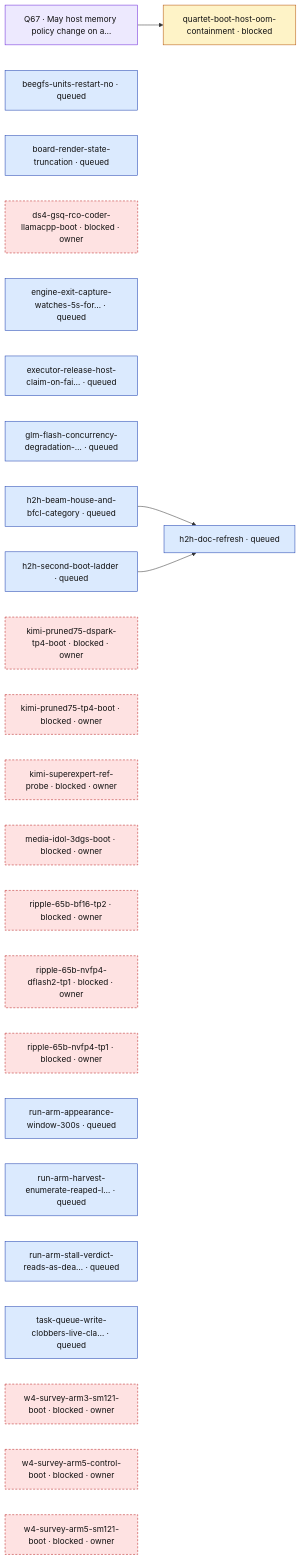
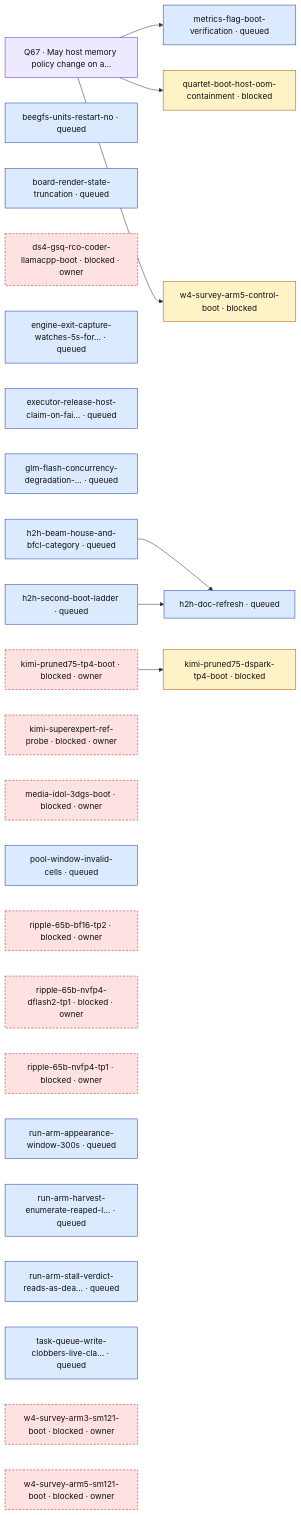
One commit to littlecedar/sparkrun-recipe-registry changed the diagram in mad-science/STATUS.md. Above: the diagram before and after it, drawn with Mermaid. The commit also changed other lines of this file, not shown here.

````diff
--- a/mad-science/STATUS.md
+++ b/mad-science/STATUS.md
@@ -13,38 +14,43 @@
 ```mermaid
 flowchart LR
-  %% 12 blocked, 2 edges, 11 prose-gated, 1 question-gated, 1 question
+  %% 12 blocked, 3 edges, 9 prose-gated, 2 question-gated, 1 question
   q67["Q67 · May host memory policy change on a…"]:::question
   t1["beegfs-units-restart-no · queued"]:::queued
   t2["board-render-state-truncation · queued"]:::queued
   t3["ds4-gsq-rco-coder-llamacpp-boot · blocked · owner"]:::no-recorded-edge
   t4["engine-exit-capture-watches-5s-for… · queued"]:::queued
   t5["executor-release-host-claim-on-fai… · queued"]:::queued
   t6["glm-flash-concurrency-degradation-… · queued"]:::queued
   t7["h2h-beam-house-and-bfcl-category · queued"]:::queued
   t8["h2h-doc-refresh · queued"]:::queued
   t9["h2h-second-boot-ladder · queued"]:::queued
-  t10["kimi-pruned75-dspark-tp4-boot · blocked · owner"]:::no-recorded-edge
+  t10["kimi-pruned75-dspark-tp4-boot · blocked"]:::blocked
   t11["kimi-pruned75-tp4-boot · blocked · owner"]:::no-recorded-edge
   t12["kimi-superexpert-ref-probe · blocked · owner"]:::no-recorded-edge
   t13["media-idol-3dgs-boot · blocked · owner"]:::no-recorded-edge
-  t14["quartet-boot-host-oom-containment · blocked"]:::blocked
-  t15["ripple-65b-bf16-tp2 · blocked · owner"]:::no-recorded-edge
-  t16["ripple-65b-nvfp4-dflash2-tp1 · blocked · owner"]:::no-recorded-edge
-  t17["ripple-65b-nvfp4-tp1 · blocked · owner"]:::no-recorded-edge
-  t18["run-arm-appearance-window-300s · queued"]:::queued
-  t19["run-arm-harvest-enumerate-reaped-l… · queued"]:::queued
-  t20["run-arm-stall-verdict-reads-as-dea… · queued"]:::queued
-  t21["task-queue-write-clobbers-live-cla… · queued"]:::queued
-  t22["w4-survey-arm3-sm121-boot · blocked · owner"]:::no-recorded-edge
-  t23["w4-survey-arm5-control-boot · blocked · owner"]:::no-recorded-edge
-  t24["w4-survey-arm5-sm121-boot · blocked · owner"]:::no-recorded-edge
+  t14["metrics-flag-boot-verification · queued"]:::queued
+  t15["pool-window-invalid-cells · queued"]:::queued
+  t16["quartet-boot-host-oom-containment · blocked"]:::blocked
+  t17["ripple-65b-bf16-tp2 · blocked · owner"]:::no-recorded-edge
+  t18["ripple-65b-nvfp4-dflash2-tp1 · blocked · owner"]:::no-recorded-edge
+  t19["ripple-65b-nvfp4-tp1 · blocked · owner"]:::no-recorded-edge
+  t20["run-arm-appearance-window-300s · queued"]:::queued
+  t21["run-arm-harvest-enumerate-reaped-l… · queued"]:::queued
+  t22["run-arm-stall-verdict-reads-as-dea… · queued"]:::queued
+  t23["task-queue-write-clobbers-live-cla… · queued"]:::queued
+  t24["w4-survey-arm3-sm121-boot · blocked · owner"]:::no-recorded-edge
+  t25["w4-survey-arm5-control-boot · blocked"]:::blocked
+  t26["w4-survey-arm5-sm121-boot · blocked · owner"]:::no-recorded-edge
   q67 --> t14
+  q67 --> t16
+  q67 --> t25
   t7 --> t8
   t9 --> t8
+  t11 --> t10
   classDef queued fill:#dbeafe,stroke:#1e40af,color:#111
   classDef blocked fill:#fef3c7,stroke:#b45309,color:#111
   classDef running fill:#dcfce7,stroke:#15803d,color:#111
   classDef done fill:#e5e7eb,stroke:#6b7280,color:#111
   classDef question fill:#ede9fe,stroke:#6d28d9,color:#111
   classDef no-recorded-edge fill:#fee2e2,stroke:#b91c1c,stroke-dasharray: 4 3,color:#111
 ```
````
